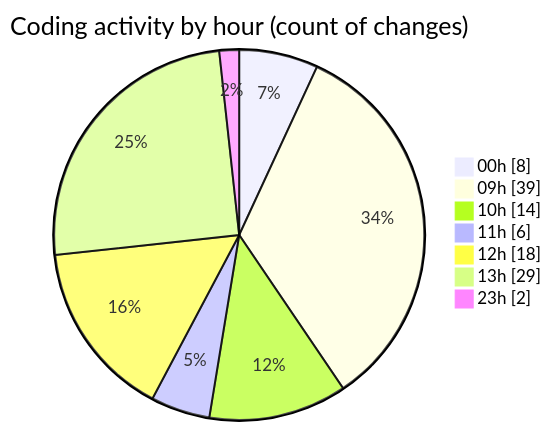
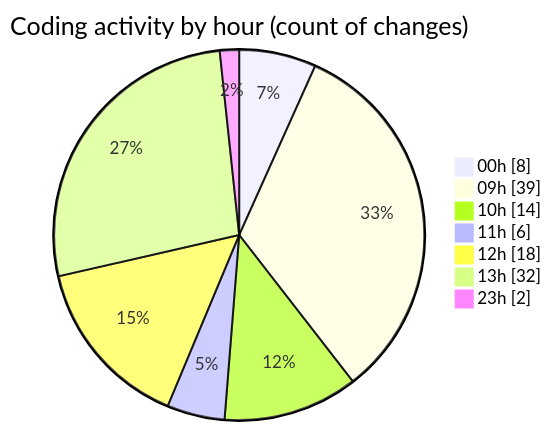
The second of 2 diagrams in 2025-12-18/cda/README.md (momahboobian/code-tracking), drawn with Mermaid before and after one commit. The commit also changed other lines of this file and 1 other file, not shown here.

````diff
--- a/2025-12-18/cda/README.md
+++ b/2025-12-18/cda/README.md
@@ -72,11 +72,11 @@
 ```mermaid
 pie showData
 title Coding activity by hour (count of changes)
 "00h" : 8
 "09h" : 39
 "10h" : 14
 "11h" : 6
 "12h" : 18
-"13h" : 29
+"13h" : 32
 "23h" : 2
 ```
````
